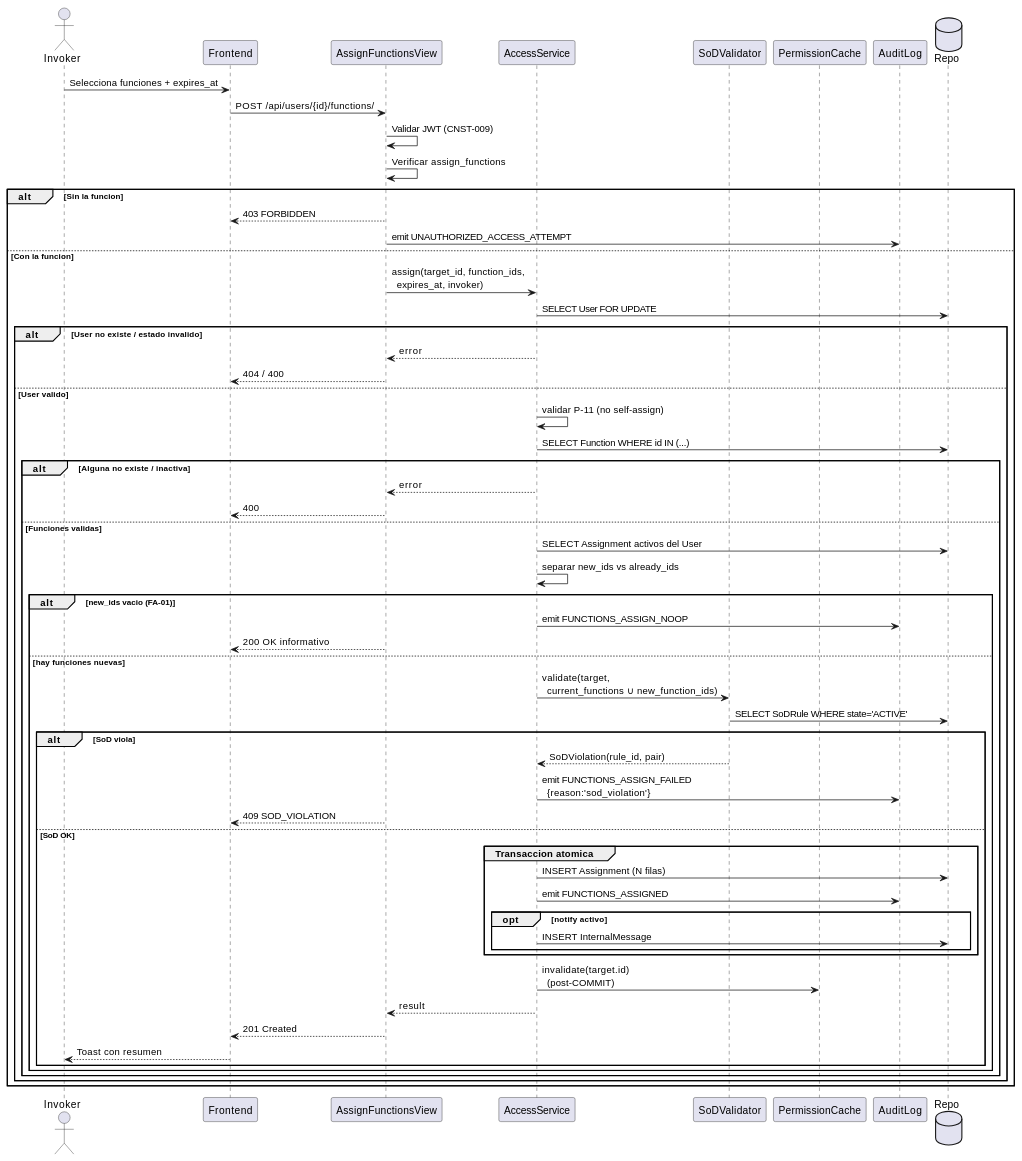
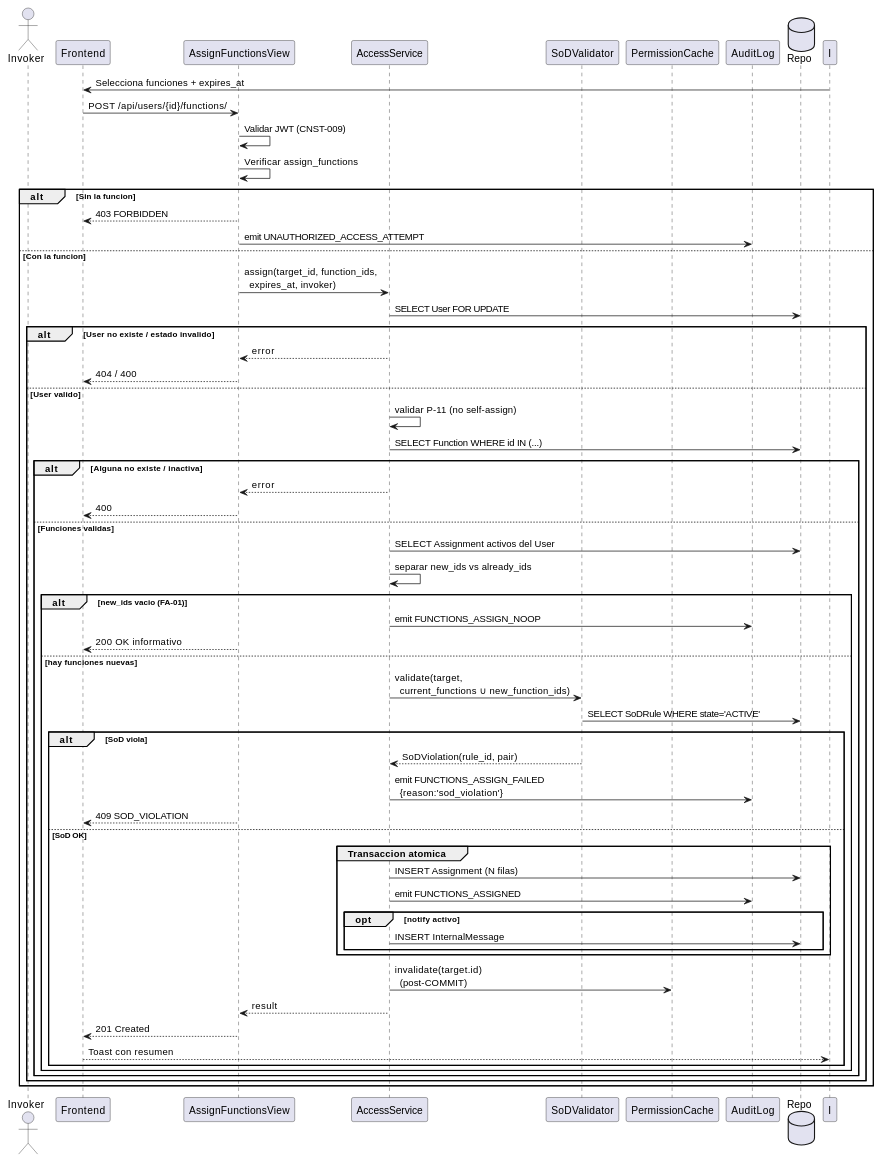
Before and after one commit to jcg-admin/IACT-docs: the second of 5 diagrams in source/requisitos/casos-uso/access/uc-acc-01/diagramas-uml.rst, drawn with PlantUML. The commit also changed other lines of this file and 79 other files, not shown here.

First line of the commit message:
Sweep cryptic aliases in UC diagramas-uml files

```diff
--- a/source/requisitos/casos-uso/access/uc-acc-01/diagramas-uml.rst
+++ b/source/requisitos/casos-uso/access/uc-acc-01/diagramas-uml.rst
@@ -62,68 +62,68 @@
 .. uml::
  :caption: UC_ACC_01 — flujo principal
 
  @startuml
 
- actor Invoker as I
- participant "Frontend" as FE
- participant "AssignFunctionsView" as AV
- participant "AccessService" as AS
- participant "SoDValidator" as SV
- participant "PermissionCache" as PC
- participant "AuditLog" as AL
- database "Repo" as DB
+ actor Invoker as Invoker
+ participant "Frontend" as Frontend
+ participant "AssignFunctionsView" as Assignfunctionsview
+ participant "AccessService" as Accessservice
+ participant "SoDValidator" as Sodvalidator
+ participant "PermissionCache" as Permissioncache
+ participant "AuditLog" as Auditlog
+ database "Repo" as Repo
 
- I -> FE: Selecciona funciones + expires_at
- FE -> AV: POST /api/users/{id}/functions/
+ I -> Frontend: Selecciona funciones + expires_at
+ Frontend -> Assignfunctionsview: POST /api/users/{id}/functions/
 
- AV -> AV: Validar JWT (CNST-009)
- AV -> AV: Verificar assign_functions
+ Assignfunctionsview -> Assignfunctionsview: Validar JWT (CNST-009)
+ Assignfunctionsview -> Assignfunctionsview: Verificar assign_functions
  alt Sin la funcion
-   AV --> FE: 403 FORBIDDEN
-   AV -> AL: emit UNAUTHORIZED_ACCESS_ATTEMPT
+   Assignfunctionsview --> Frontend: 403 FORBIDDEN
+   Assignfunctionsview -> Auditlog: emit UNAUTHORIZED_ACCESS_ATTEMPT
  else Con la funcion
-   AV -> AS: assign(target_id, function_ids,\n  expires_at, invoker)
+   Assignfunctionsview -> Accessservice: assign(target_id, function_ids,\n  expires_at, invoker)
 
-   AS -> DB: SELECT User FOR UPDATE
+   Accessservice -> Repo: SELECT User FOR UPDATE
    alt User no existe / estado invalido
-     AS --> AV: error
-     AV --> FE: 404 / 400
+     Accessservice --> Assignfunctionsview: error
+     Assignfunctionsview --> Frontend: 404 / 400
    else User valido
-     AS -> AS: validar P-11 (no self-assign)
+     Accessservice -> Accessservice: validar P-11 (no self-assign)
 
-     AS -> DB: SELECT Function WHERE id IN (...)
+     Accessservice -> Repo: SELECT Function WHERE id IN (...)
      alt Alguna no existe / inactiva
-       AS --> AV: error
-       AV --> FE: 400
+       Accessservice --> Assignfunctionsview: error
+       Assignfunctionsview --> Frontend: 400
      else Funciones validas
-       AS -> DB: SELECT Assignment activos del User
-       AS -> AS: separar new_ids vs already_ids
+       Accessservice -> Repo: SELECT Assignment activos del User
+       Accessservice -> Accessservice: separar new_ids vs already_ids
        alt new_ids vacio (FA-01)
-         AS -> AL: emit FUNCTIONS_ASSIGN_NOOP
-         AV --> FE: 200 OK informativo
+         Accessservice -> Auditlog: emit FUNCTIONS_ASSIGN_NOOP
+         Assignfunctionsview --> Frontend: 200 OK informativo
        else hay funciones nuevas
-         AS -> SV: validate(target,\n  current_functions ∪ new_function_ids)
-         SV -> DB: SELECT SoDRule WHERE state='ACTIVE'
+         Accessservice -> Sodvalidator: validate(target,\n  current_functions ∪ new_function_ids)
+         Sodvalidator -> Repo: SELECT SoDRule WHERE state='ACTIVE'
          alt SoD viola
-           SV --> AS: SoDViolation(rule_id, pair)
-           AS -> AL: emit FUNCTIONS_ASSIGN_FAILED\n  {reason:'sod_violation'}
-           AV --> FE: 409 SOD_VIOLATION
+           Sodvalidator --> Accessservice: SoDViolation(rule_id, pair)
+           Accessservice -> Auditlog: emit FUNCTIONS_ASSIGN_FAILED\n  {reason:'sod_violation'}
+           Assignfunctionsview --> Frontend: 409 SOD_VIOLATION
          else SoD OK
            group Transaccion atomica
-             AS -> DB: INSERT Assignment (N filas)
-             AS -> AL: emit FUNCTIONS_ASSIGNED
+             Accessservice -> Repo: INSERT Assignment (N filas)
+             Accessservice -> Auditlog: emit FUNCTIONS_ASSIGNED
              opt notify activo
-               AS -> DB: INSERT InternalMessage
+               Accessservice -> Repo: INSERT InternalMessage
              end
            end
-           AS -> PC: invalidate(target.id)\n  (post-COMMIT)
-           AS --> AV: result
-           AV --> FE: 201 Created
-           FE --> I: Toast con resumen
+           Accessservice -> Permissioncache: invalidate(target.id)\n  (post-COMMIT)
+           Accessservice --> Assignfunctionsview: result
+           Assignfunctionsview --> Frontend: 201 Created
+           Frontend --> I: Toast con resumen
          end
        end
      end
    end
  end
 
  @enduml
```
